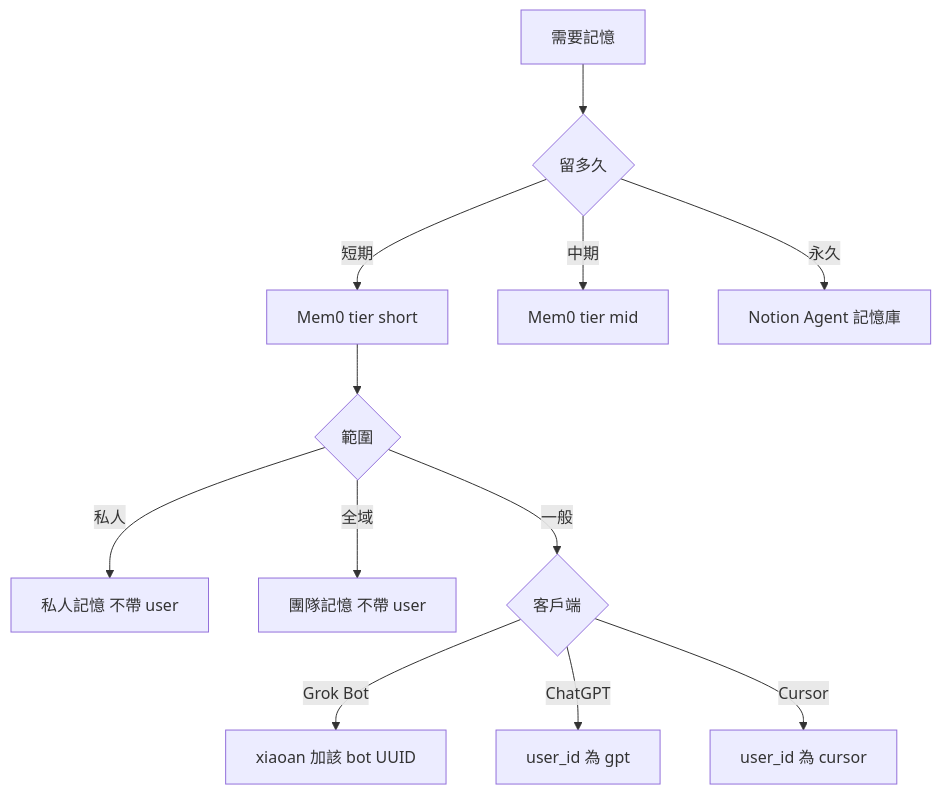
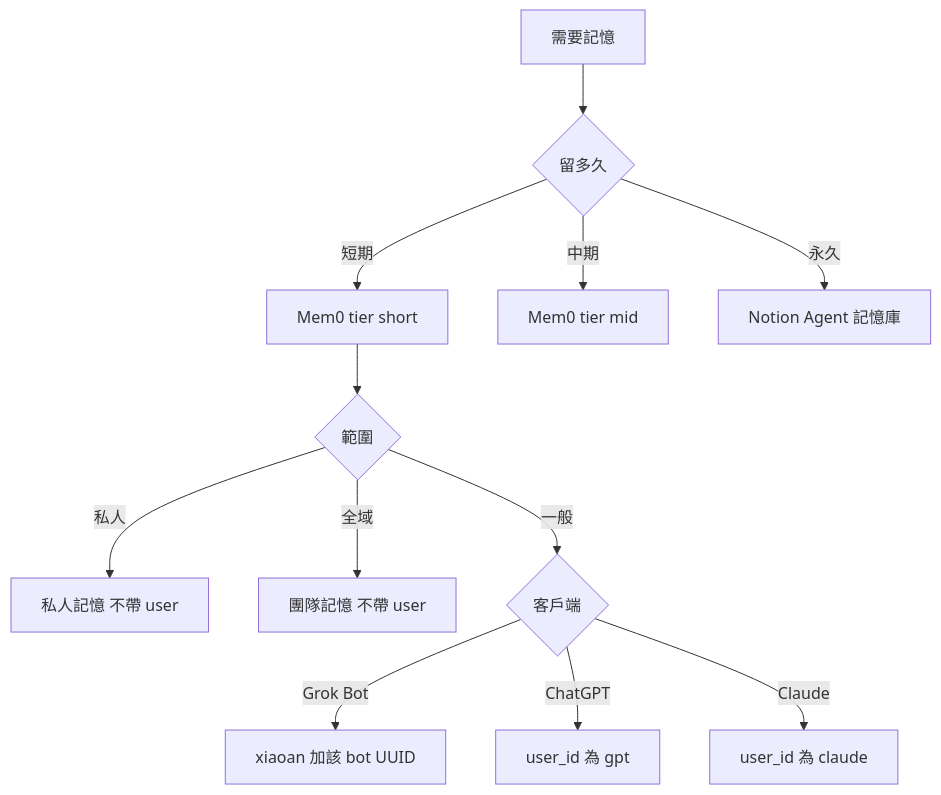
The diagram in my-plugins/my-workflow/skills/my-memory/SKILL.md (VECTOR-COOL/my-agent-toolkit), drawn with Mermaid before and after one commit. The commit also changed other lines of this file and 17 other files, not shown here.

First line of the commit message:
refactor(plugin): make memory clients generic, add Claude as primary client, remove Cursor, bump 1.8.1

````diff
--- a/my-plugins/my-workflow/skills/my-memory/SKILL.md
+++ b/my-plugins/my-workflow/skills/my-memory/SKILL.md
@@ -17,14 +17,14 @@
 ```mermaid
 graph TD
   Q[需要記憶] --> T{留多久}
   T -->|短期| M[Mem0 tier short]
   T -->|中期| Mid[Mem0 tier mid]
   T -->|永久| N[Notion Agent 記憶庫]
   M --> S{範圍}
   S -->|私人| P[私人記憶 不帶 user]
   S -->|全域| G[團隊記憶 不帶 user]
   S -->|一般| C{客戶端}
   C -->|Grok Bot| GA[xiaoan 加該 bot UUID]
   C -->|ChatGPT| GPT[user_id 為 gpt]
-  C -->|Cursor| CU[user_id 為 cursor]
+  C -->|Claude| CL[user_id 為 claude]
 ```
````
